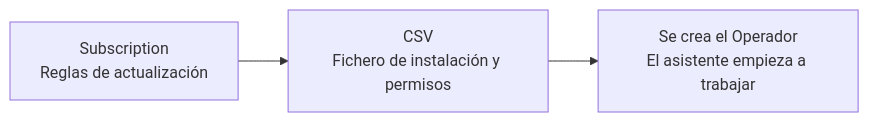
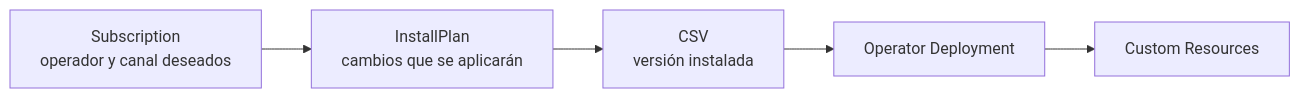
One commit to ieftraining/curso-openshift changed the third of 4 diagrams in docs/sesion3/3.7 Operadores.md. Above: the diagram before and after it, drawn with Mermaid. The commit also changed other lines of this file, not shown here.

````diff
--- a/docs/sesion3/3.7 Operadores.md
+++ b/docs/sesion3/3.7 Operadores.md
@@ -96,5 +141,7 @@
 ```mermaid
 flowchart LR
-    A[Subscription<br>Reglas de actualización] --> B[CSV<br>Fichero de instalación y permisos]
-    B --> C[Se crea el Operador<br>El asistente empieza a trabajar]
+    A[Subscription<br/>operador y canal deseados] --> B[InstallPlan<br/>cambios que se aplicarán]
+    B --> C[CSV<br/>versión instalada]
+    C --> D[Operator Deployment]
+    D --> E[Custom Resources]
 ```
````
